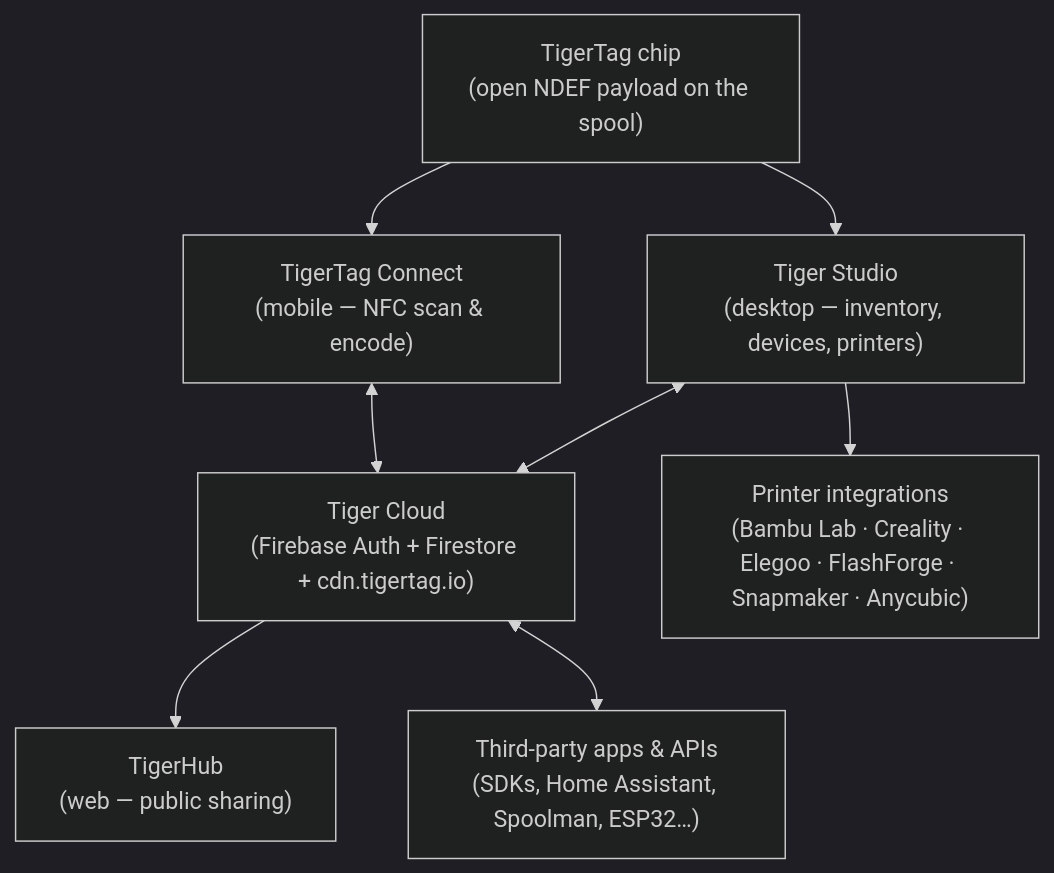
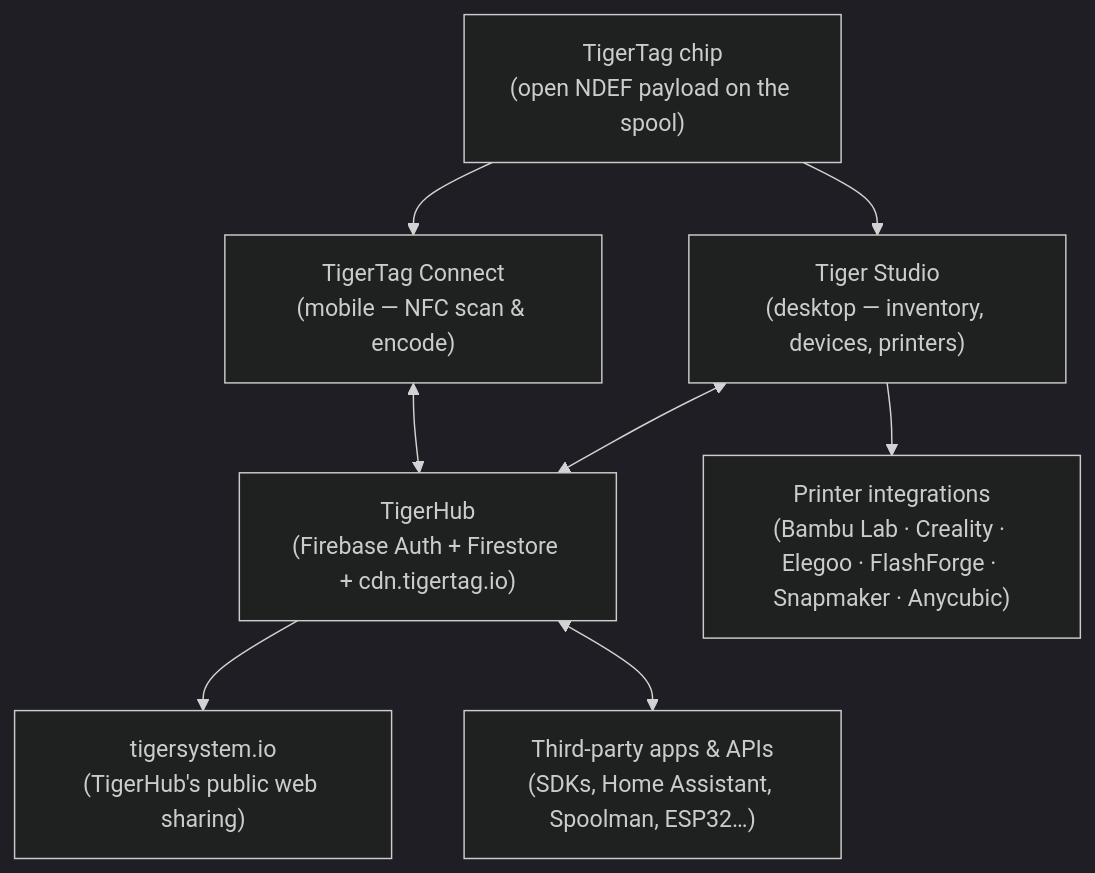
Before and after one commit to TigerTag-Project/TigerSystem-Docs: the first of 2 diagrams in docs/architecture/overview.md, drawn with Mermaid (dark theme). The commit also changed other lines of this file and 23 other files, not shown here.

Commit message:
Fix terminology: the Firebase account backbone is TigerHub (drop the invented 'Tiger Cloud' name, merge the two product pages)

````diff
--- a/docs/architecture/overview.md
+++ b/docs/architecture/overview.md
@@ -5,18 +5,18 @@
 ```mermaid
 flowchart TB
     TAG["TigerTag chip<br/>(open NDEF payload on the spool)"]
     CONNECT["TigerTag Connect<br/>(mobile — NFC scan & encode)"]
-    CLOUD["Tiger Cloud<br/>(Firebase Auth + Firestore + cdn.tigertag.io)"]
+    CLOUD["TigerHub<br/>(Firebase Auth + Firestore + cdn.tigertag.io)"]
     STUDIO["Tiger Studio<br/>(desktop — inventory, devices, printers)"]
     PRINTERS["Printer integrations<br/>(Bambu Lab · Creality · Elegoo · FlashForge · Snapmaker · Anycubic)"]
     THIRD["Third-party apps & APIs<br/>(SDKs, Home Assistant, Spoolman, ESP32…)"]
-    HUB["TigerHub<br/>(web — public sharing)"]
+    WEB["tigersystem.io<br/>(TigerHub's public web sharing)"]
 
     TAG --> CONNECT
     TAG --> STUDIO
     CONNECT <--> CLOUD
     STUDIO <--> CLOUD
     STUDIO --> PRINTERS
-    CLOUD --> HUB
+    CLOUD --> WEB
     CLOUD <--> THIRD
 ```
````
